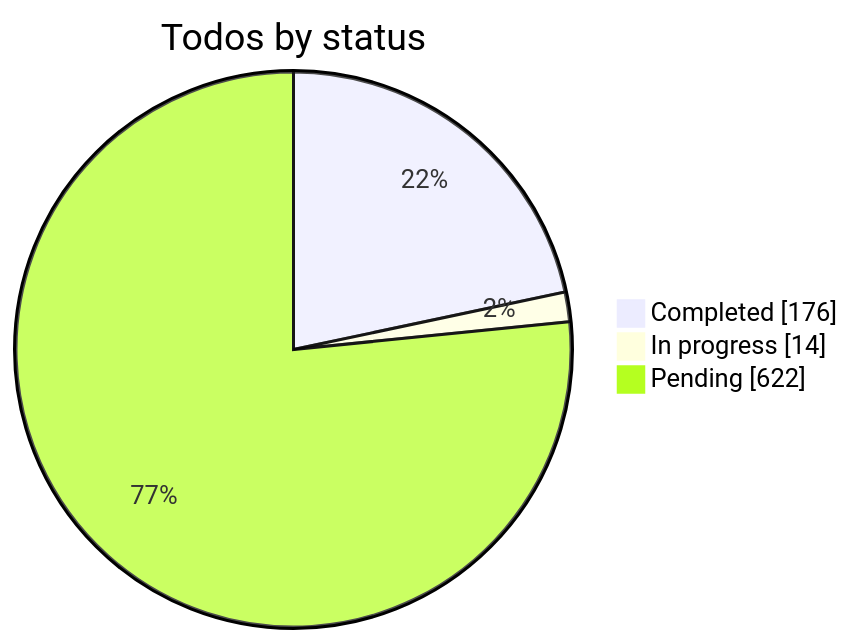
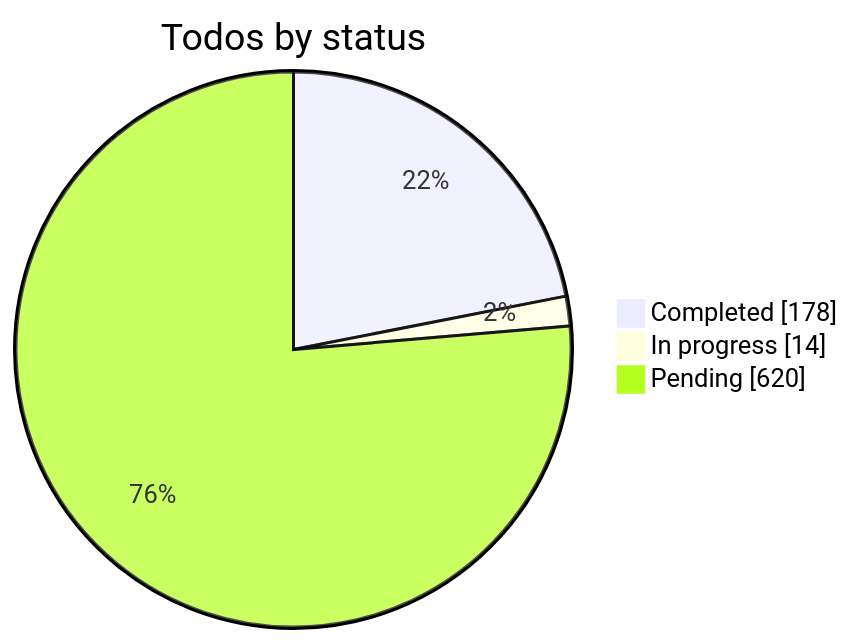
One commit to KantaPaul/next-cms changed the first of 6 diagrams in .cursor/plans/combined_cms_refs_f96163bc.plan.md. Above: the diagram before and after it, drawn with Mermaid. The commit also changed other lines of this file and 8 other files, not shown here.

````diff
--- a/.cursor/plans/combined_cms_refs_f96163bc.plan.md
+++ b/.cursor/plans/combined_cms_refs_f96163bc.plan.md
@@ -2463,6 +2463,6 @@
 ```mermaid
 pie showData title Todos by status
-  "Completed" : 176
+  "Completed" : 178
   "In progress" : 14
-  "Pending" : 622
+  "Pending" : 620
 ```
````
